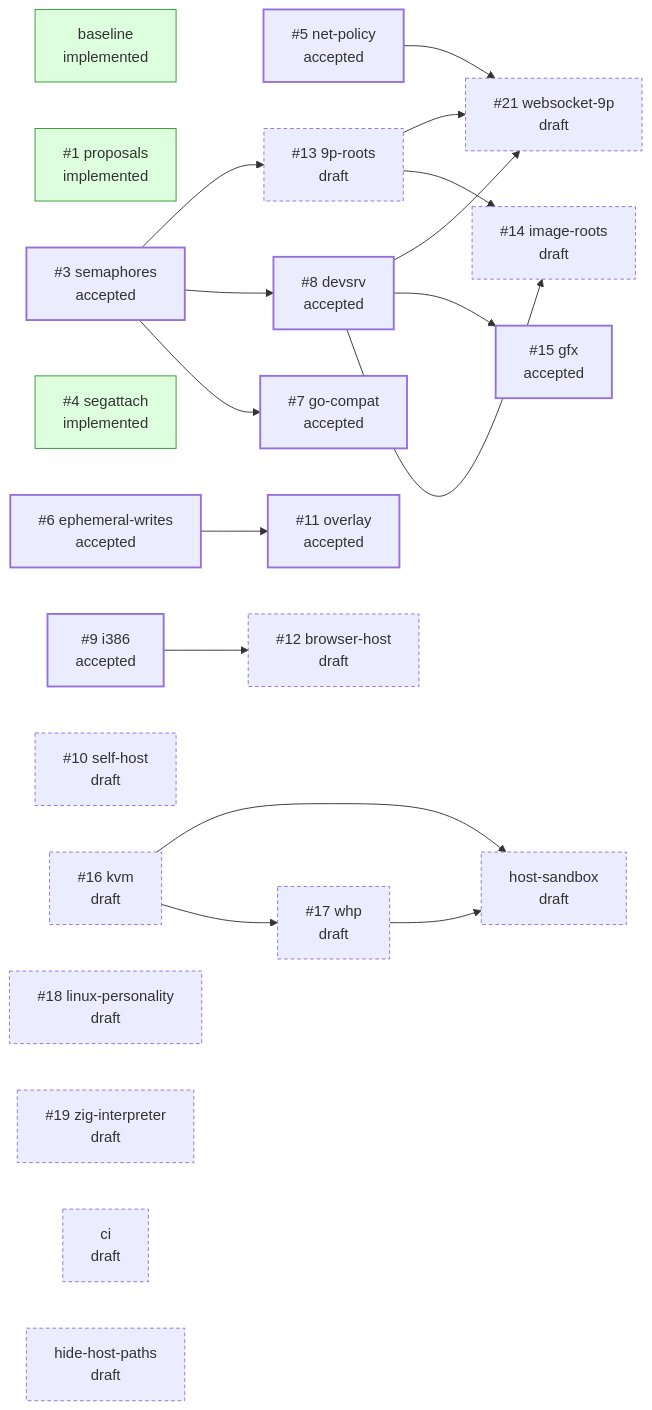
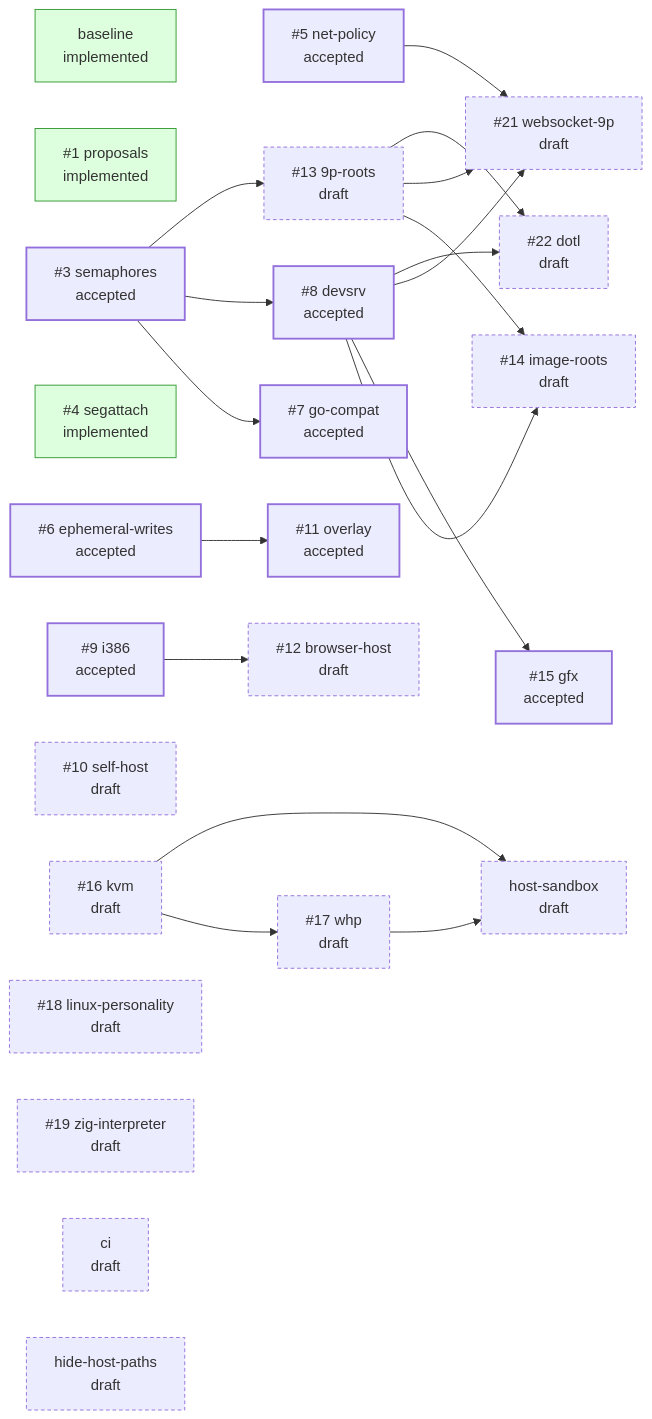
One commit to jpf/hyper9 changed the diagram in README.md. Above: the diagram before and after it, drawn with Mermaid. The commit also changed other lines of this file and 1 other file, not shown here.

Commit message:
design: file dotl as #22

````diff
--- a/README.md
+++ b/README.md
@@ -40,44 +41,47 @@
 ```mermaid
 flowchart LR
   classDef draft stroke-dasharray: 4 3
   classDef accepted stroke-width: 2px
   classDef implemented fill:#dfd,stroke:#393
   classDef closed fill:#eee,stroke:#999,color:#777
   p_baseline["baseline<br/>implemented"]:::implemented
   p_proposals["#35;1 proposals<br/>implemented"]:::implemented
   p_semaphores["#35;3 semaphores<br/>accepted"]:::accepted
   p_segattach["#35;4 segattach<br/>implemented"]:::implemented
   p_net_policy["#35;5 net-policy<br/>accepted"]:::accepted
   p_ephemeral_writes["#35;6 ephemeral-writes<br/>accepted"]:::accepted
   p_go_compat["#35;7 go-compat<br/>accepted"]:::accepted
   p_devsrv["#35;8 devsrv<br/>accepted"]:::accepted
   p_i386["#35;9 i386<br/>accepted"]:::accepted
   p_self_host["#35;10 self-host<br/>draft"]:::draft
   p_overlay["#35;11 overlay<br/>accepted"]:::accepted
   p_browser_host["#35;12 browser-host<br/>draft"]:::draft
   p_9p_roots["#35;13 9p-roots<br/>draft"]:::draft
   p_image_roots["#35;14 image-roots<br/>draft"]:::draft
   p_gfx["#35;15 gfx<br/>accepted"]:::accepted
   p_kvm["#35;16 kvm<br/>draft"]:::draft
   p_whp["#35;17 whp<br/>draft"]:::draft
   p_linux_personality["#35;18 linux-personality<br/>draft"]:::draft
   p_zig_interpreter["#35;19 zig-interpreter<br/>draft"]:::draft
   p_websocket_9p["#35;21 websocket-9p<br/>draft"]:::draft
+  p_dotl["#35;22 dotl<br/>draft"]:::draft
   p_ci["ci<br/>draft"]:::draft
   p_hide_host_paths["hide-host-paths<br/>draft"]:::draft
   p_host_sandbox["host-sandbox<br/>draft"]:::draft
   p_semaphores --> p_go_compat
   p_semaphores --> p_devsrv
   p_ephemeral_writes --> p_overlay
   p_i386 --> p_browser_host
   p_semaphores --> p_9p_roots
   p_devsrv --> p_image_roots
   p_9p_roots --> p_image_roots
   p_devsrv --> p_gfx
   p_kvm --> p_whp
   p_net_policy --> p_websocket_9p
   p_devsrv --> p_websocket_9p
   p_9p_roots --> p_websocket_9p
+  p_devsrv --> p_dotl
+  p_9p_roots --> p_dotl
   p_kvm --> p_host_sandbox
   p_whp --> p_host_sandbox
 ```
````
